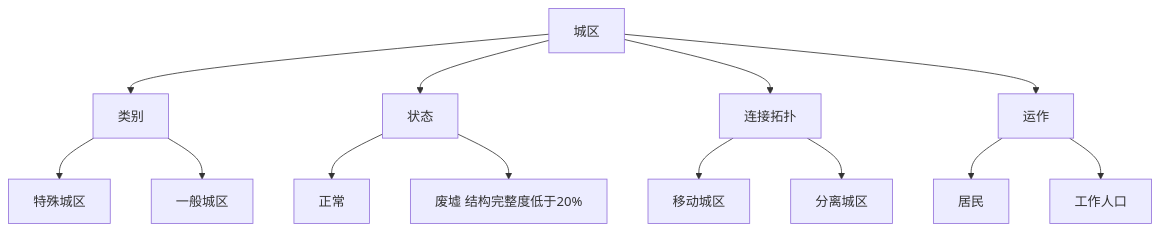
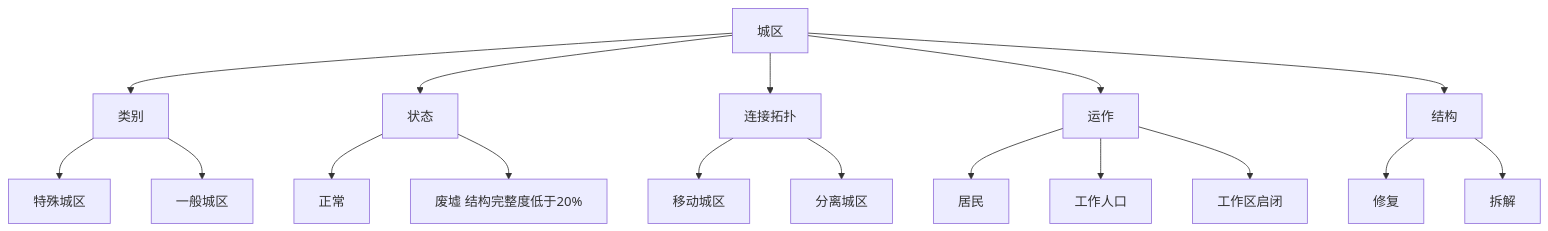
One commit to Estrella6066773/DriveToLight changed the diagram in Docs/02-系统设计/03-图层与地点/建筑层/README.md. Above: the diagram before and after it, drawn with Mermaid. The commit also changed other lines of this file and 38 other files, not shown here.

Commit message:
更新文档： - 对齐草稿与正式设计的内容，新增《草稿综合与同步状况》文档，汇总机制草稿的内容去向与同步状态； - 明确各章节的状态图例，补充草稿与正式文档的差异对照，提升信息的系统性与完整性； - 调整章节链接，确保文档结构清晰，便于查阅。

````diff
--- a/Docs/02-系统设计/03-图层与地点/建筑层/README.md
+++ b/Docs/02-系统设计/03-图层与地点/建筑层/README.md
@@ -23,15 +23,19 @@
 ```mermaid
 flowchart TD
     A[城区] --> B[类别]
     A --> C[状态]
     B --> B1[特殊城区]
     B --> B2[一般城区]
     C --> C1[正常]
     C --> C2[废墟 结构完整度低于20%]
     A --> D[连接拓扑]
     D --> D1[移动城区]
     D --> D2[分离城区]
     A --> E[运作]
     E --> E1[居民]
     E --> E2[工作人口]
+    E --> E3[工作区启闭]
+    A --> F[结构]
+    F --> F1[修复]
+    F --> F2[拆解]
 ```
````
